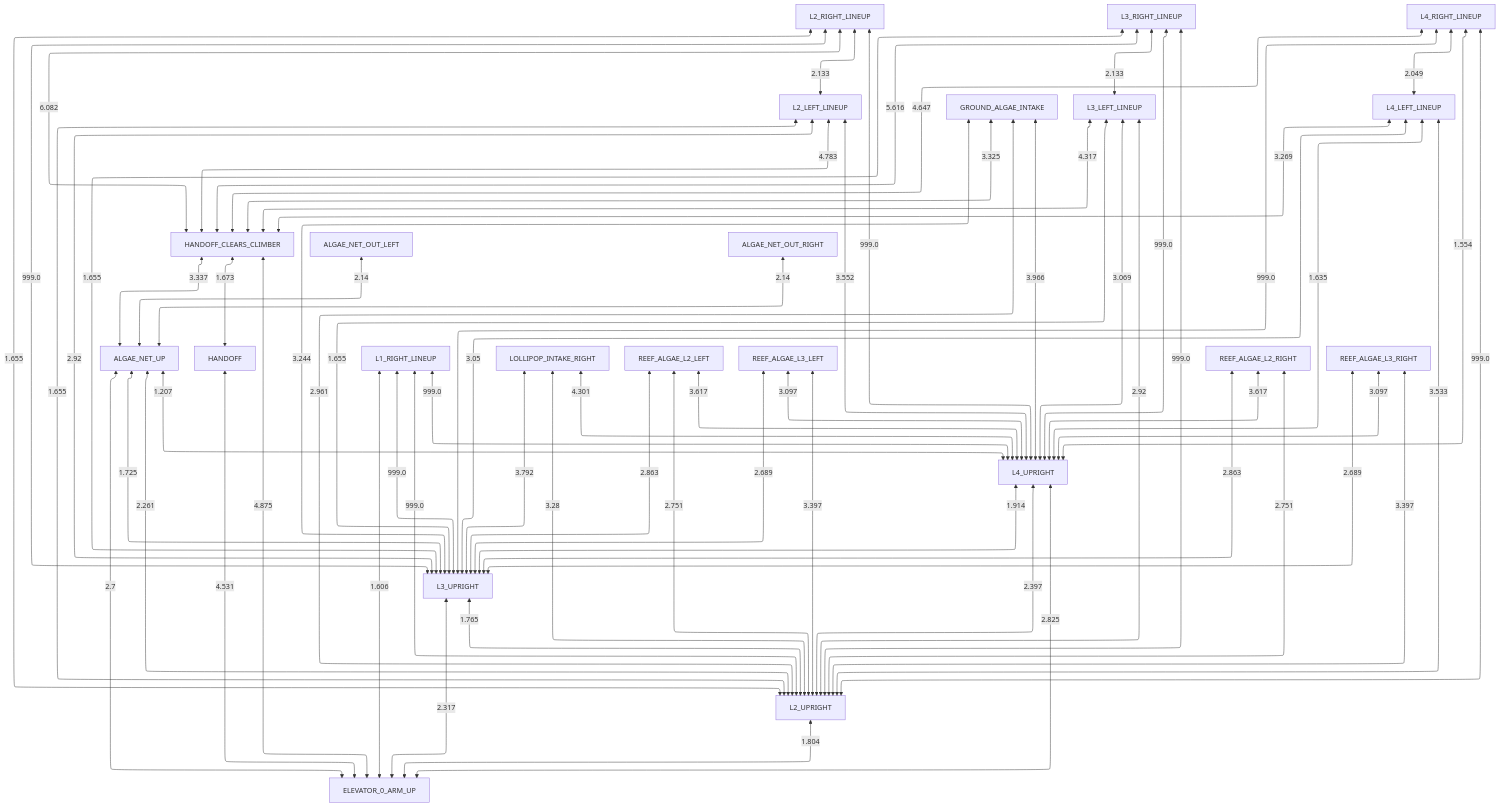
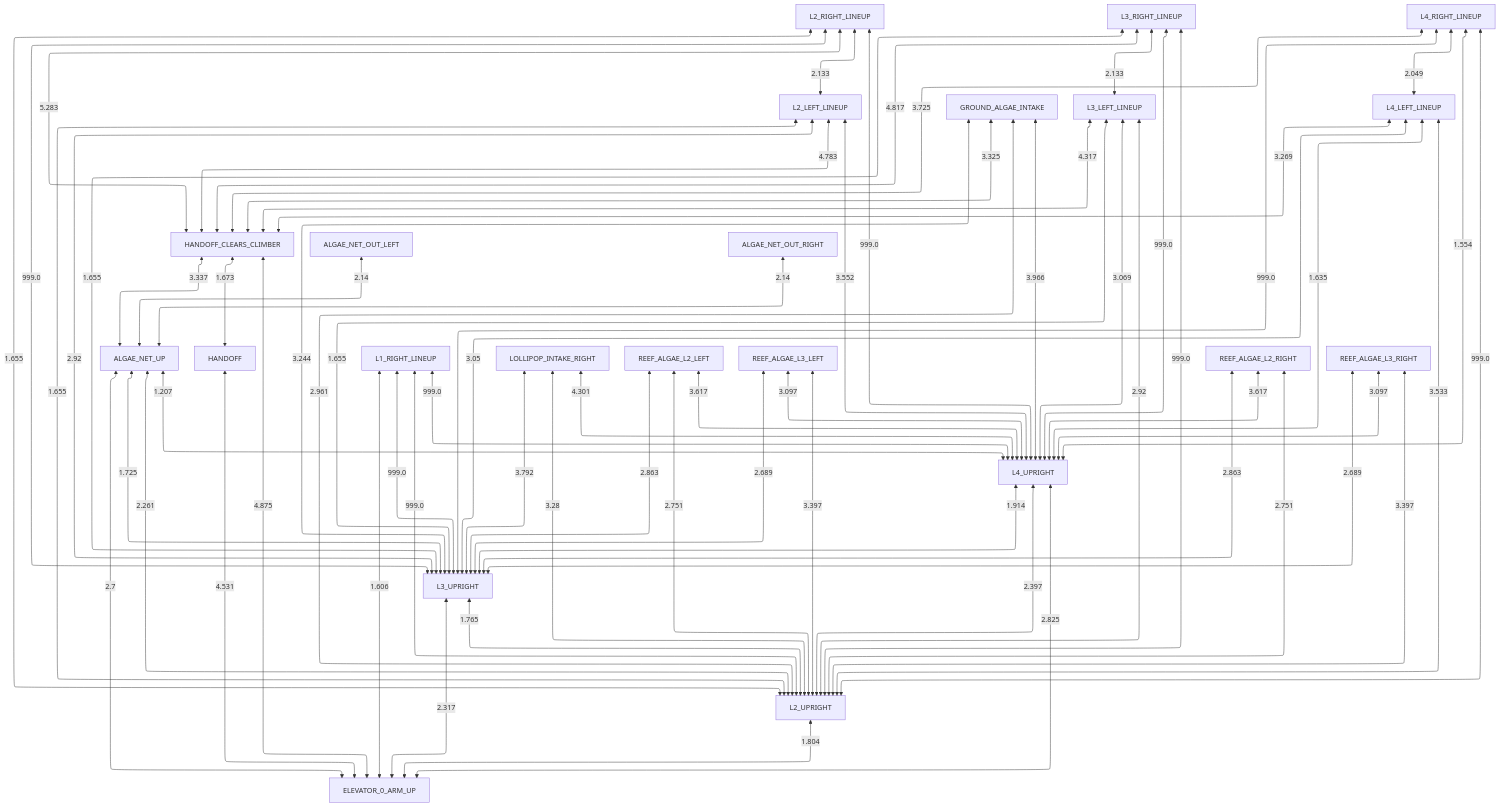
The diagram in docs/collision_avoidance/right_obstructed.md (team581/2025-beta), drawn with Mermaid before and after one commit. The commit also changed 2 other files, not shown here.

Commit message:
Simplify how long way costs are calculated in WaypointEdge

````diff
--- a/docs/collision_avoidance/right_obstructed.md
+++ b/docs/collision_avoidance/right_obstructed.md
@@ -3,71 +3,71 @@
 ```mermaid
 %%{ init: { "flowchart": { "defaultRenderer": "elk" } } }%%
 graph TD
 
 L2_UPRIGHT <-- 1.804 --> ELEVATOR_0_ARM_UP
 L3_UPRIGHT <-- 2.317 --> ELEVATOR_0_ARM_UP
 L4_UPRIGHT <-- 2.825 --> ELEVATOR_0_ARM_UP
 ALGAE_NET_UP <-- 2.7 --> ELEVATOR_0_ARM_UP
 HANDOFF <-- 4.531 --> ELEVATOR_0_ARM_UP
 HANDOFF_CLEARS_CLIMBER <-- 4.875 --> ELEVATOR_0_ARM_UP
 L1_RIGHT_LINEUP <-- 1.606 --> ELEVATOR_0_ARM_UP
 L3_UPRIGHT <-- 1.765 --> L2_UPRIGHT
 L4_UPRIGHT <-- 2.397 --> L2_UPRIGHT
 ALGAE_NET_UP <-- 2.261 --> L2_UPRIGHT
 L2_LEFT_LINEUP <-- 1.655 --> L2_UPRIGHT
 L2_RIGHT_LINEUP <-- 1.655 --> L2_UPRIGHT
 GROUND_ALGAE_INTAKE <-- 2.961 --> L2_UPRIGHT
 LOLLIPOP_INTAKE_RIGHT <-- 3.28 --> L2_UPRIGHT
 REEF_ALGAE_L2_LEFT <-- 2.751 --> L2_UPRIGHT
 REEF_ALGAE_L3_LEFT <-- 3.397 --> L2_UPRIGHT
 REEF_ALGAE_L2_RIGHT <-- 2.751 --> L2_UPRIGHT
 REEF_ALGAE_L3_RIGHT <-- 3.397 --> L2_UPRIGHT
 L3_LEFT_LINEUP <-- 2.92 --> L2_UPRIGHT
 L4_LEFT_LINEUP <-- 3.533 --> L2_UPRIGHT
 L1_RIGHT_LINEUP <-- 999.0 --> L2_UPRIGHT
 L3_RIGHT_LINEUP <-- 999.0 --> L2_UPRIGHT
 L4_RIGHT_LINEUP <-- 999.0 --> L2_UPRIGHT
 L4_UPRIGHT <-- 1.914 --> L3_UPRIGHT
 ALGAE_NET_UP <-- 1.725 --> L3_UPRIGHT
 L3_LEFT_LINEUP <-- 1.655 --> L3_UPRIGHT
 L3_RIGHT_LINEUP <-- 1.655 --> L3_UPRIGHT
 GROUND_ALGAE_INTAKE <-- 3.244 --> L3_UPRIGHT
 LOLLIPOP_INTAKE_RIGHT <-- 3.792 --> L3_UPRIGHT
 REEF_ALGAE_L2_LEFT <-- 2.863 --> L3_UPRIGHT
 REEF_ALGAE_L3_LEFT <-- 2.689 --> L3_UPRIGHT
 REEF_ALGAE_L2_RIGHT <-- 2.863 --> L3_UPRIGHT
 REEF_ALGAE_L3_RIGHT <-- 2.689 --> L3_UPRIGHT
 L2_LEFT_LINEUP <-- 2.92 --> L3_UPRIGHT
 L4_LEFT_LINEUP <-- 3.05 --> L3_UPRIGHT
 L1_RIGHT_LINEUP <-- 999.0 --> L3_UPRIGHT
 L2_RIGHT_LINEUP <-- 999.0 --> L3_UPRIGHT
 L4_RIGHT_LINEUP <-- 999.0 --> L3_UPRIGHT
 ALGAE_NET_UP <-- 1.207 --> L4_UPRIGHT
 L4_LEFT_LINEUP <-- 1.635 --> L4_UPRIGHT
 L4_RIGHT_LINEUP <-- 1.554 --> L4_UPRIGHT
 GROUND_ALGAE_INTAKE <-- 3.966 --> L4_UPRIGHT
 LOLLIPOP_INTAKE_RIGHT <-- 4.301 --> L4_UPRIGHT
 REEF_ALGAE_L2_LEFT <-- 3.617 --> L4_UPRIGHT
 REEF_ALGAE_L3_LEFT <-- 3.097 --> L4_UPRIGHT
 REEF_ALGAE_L2_RIGHT <-- 3.617 --> L4_UPRIGHT
 REEF_ALGAE_L3_RIGHT <-- 3.097 --> L4_UPRIGHT
 L2_LEFT_LINEUP <-- 3.552 --> L4_UPRIGHT
 L3_LEFT_LINEUP <-- 3.069 --> L4_UPRIGHT
 L1_RIGHT_LINEUP <-- 999.0 --> L4_UPRIGHT
 L2_RIGHT_LINEUP <-- 999.0 --> L4_UPRIGHT
 L3_RIGHT_LINEUP <-- 999.0 --> L4_UPRIGHT
 HANDOFF_CLEARS_CLIMBER <-- 3.337 --> ALGAE_NET_UP
 ALGAE_NET_OUT_LEFT <-- 2.14 --> ALGAE_NET_UP
 ALGAE_NET_OUT_RIGHT <-- 2.14 --> ALGAE_NET_UP
 HANDOFF_CLEARS_CLIMBER <-- 1.673 --> HANDOFF
 L2_LEFT_LINEUP <-- 4.783 --> HANDOFF_CLEARS_CLIMBER
 L3_LEFT_LINEUP <-- 4.317 --> HANDOFF_CLEARS_CLIMBER
 L4_LEFT_LINEUP <-- 3.269 --> HANDOFF_CLEARS_CLIMBER
-L2_RIGHT_LINEUP <-- 6.082 --> HANDOFF_CLEARS_CLIMBER
-L3_RIGHT_LINEUP <-- 5.616 --> HANDOFF_CLEARS_CLIMBER
-L4_RIGHT_LINEUP <-- 4.647 --> HANDOFF_CLEARS_CLIMBER
+L2_RIGHT_LINEUP <-- 5.283 --> HANDOFF_CLEARS_CLIMBER
+L3_RIGHT_LINEUP <-- 4.817 --> HANDOFF_CLEARS_CLIMBER
+L4_RIGHT_LINEUP <-- 3.725 --> HANDOFF_CLEARS_CLIMBER
 GROUND_ALGAE_INTAKE <-- 3.325 --> HANDOFF_CLEARS_CLIMBER
 L2_RIGHT_LINEUP <-- 2.133 --> L2_LEFT_LINEUP
 L3_RIGHT_LINEUP <-- 2.133 --> L3_LEFT_LINEUP
 L4_RIGHT_LINEUP <-- 2.049 --> L4_LEFT_LINEUP
 ```
````
